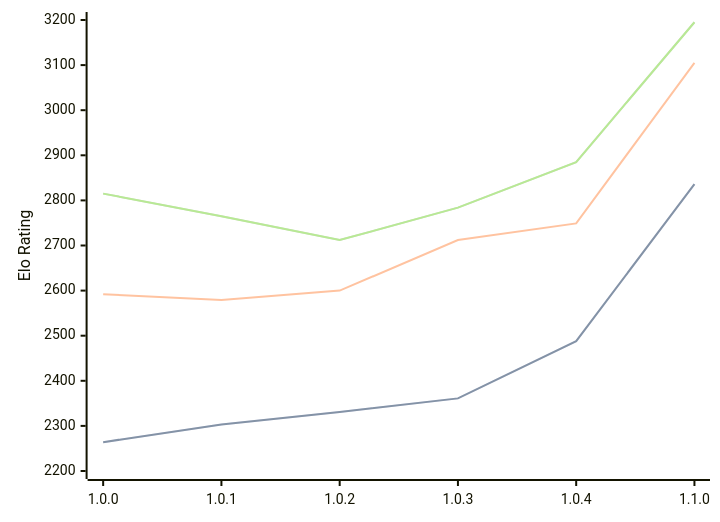
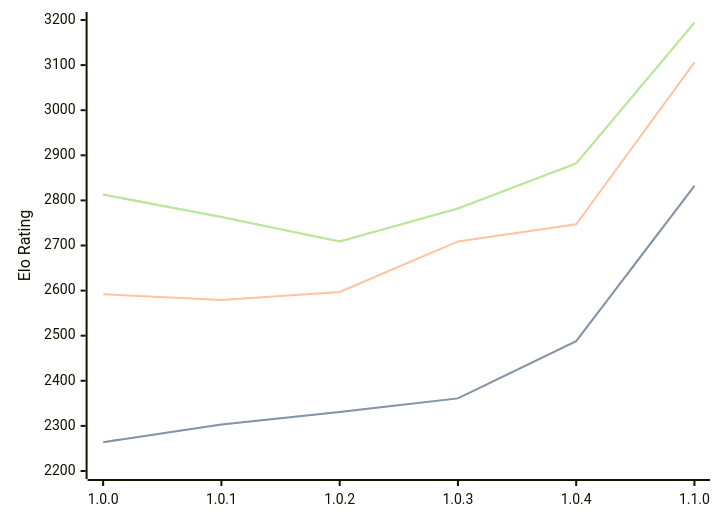
One commit to computer-chess-index/cci changed the diagram in engines/Grail.md. Above: the diagram before and after it, drawn with Mermaid. The commit also changed other lines of this file, not shown here.

Commit message:
Update CCI Ratings (ELO VLTC) - 2026-03-31

````diff
--- a/engines/Grail.md
+++ b/engines/Grail.md
@@ -36,11 +36,11 @@
 ```mermaid
 %%{init: {"theme":"base","themeVariables":{"seriesColors:['#a3a3a3','#222221','#faa371']}}}%%
 xychart-beta
   x-axis ["1.0.0", "1.0.1", "1.0.2", "1.0.3", "1.0.4", "1.1.0"]
   y-axis "Elo Rating" 2200 --> 3200
-  line "STC (8.0+0.08s)" [2264, 2303, 2331, 2361, 2488, 2836]
-  line "STC (8.0+0.08s)" [2264, 2303, 2331, 2361, 2488, 2836]
-  line "LTC (60.0+0.60s)" [2592, 2579, 2600, 2712, 2749, 3105]
-  line "VLTC (2m24s+1.12s)" [2815, 2765, 2712, 2784, 2885, 3195]
-  line "VLTC (2m24s+1.12s)" [2815, 2765, 2712, 2784, 2885, 3195]
+  line "STC (8.0+0.08s)" [2264, 2303, 2331, 2361, 2488, 2832]
+  line "STC (8.0+0.08s)" [2264, 2303, 2331, 2361, 2488, 2832]
+  line "LTC (60.0+0.60s)" [2592, 2579, 2597, 2709, 2747, 3106]
+  line "VLTC (2m24s+1.12s)" [2813, 2763, 2709, 2782, 2882, 3194]
+  line "VLTC (2m24s+1.12s)" [2813, 2763, 2709, 2782, 2882, 3194]
 ```
````
